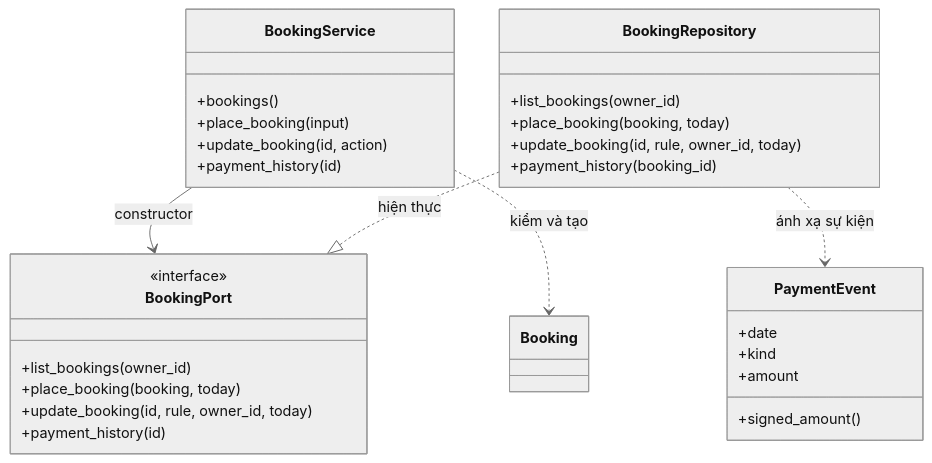
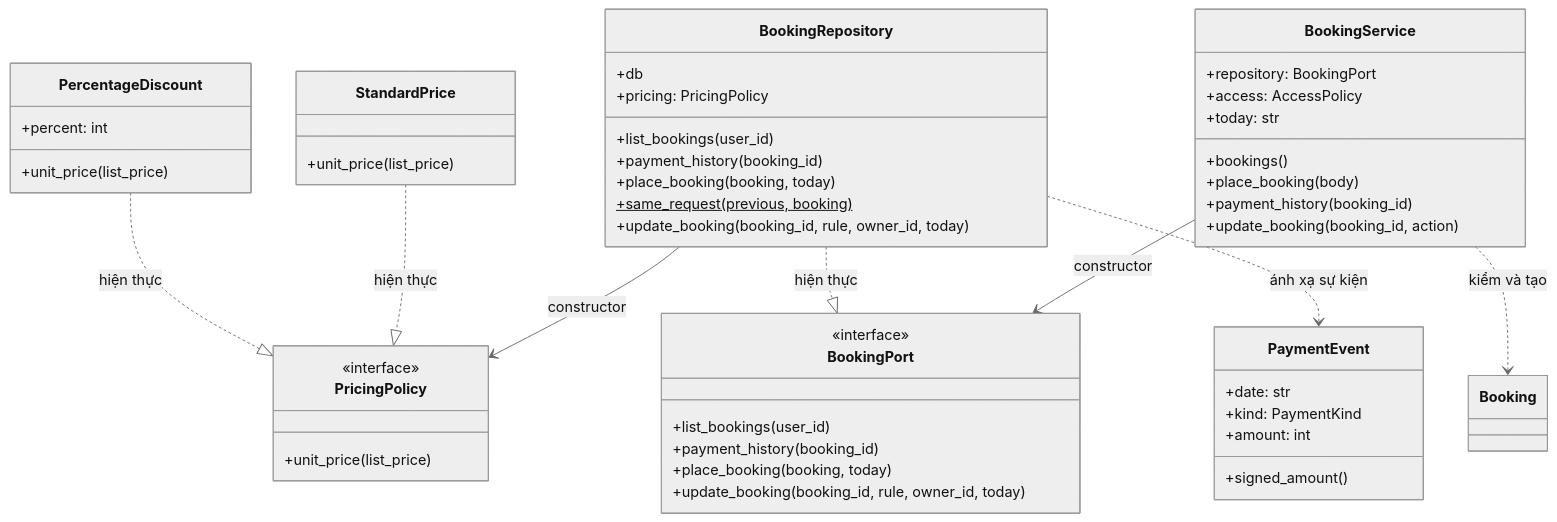
Before and after one commit to dqming1876/OOP_TourManager: the second of 2 diagrams in docs/checklist-4.1.md, drawn with Mermaid (neutral theme). The commit also changed other lines of this file and 39 other files, not shown here.

````diff
--- a/docs/checklist-4.1.md
+++ b/docs/checklist-4.1.md
@@ -75,33 +90,53 @@
 ```mermaid
 classDiagram
     direction TB
     class BookingPort {
         <<interface>>
-        +list_bookings(owner_id)
+        +list_bookings(user_id)
+        +payment_history(booking_id)
         +place_booking(booking, today)
-        +update_booking(id, rule, owner_id, today)
-        +payment_history(id)
+        +update_booking(booking_id, rule, owner_id, today)
+    }
+    class PricingPolicy {
+        <<interface>>
+        +unit_price(list_price)
+    }
+    class StandardPrice {
+        +unit_price(list_price)
+    }
+    class PercentageDiscount {
+        +percent: int
+        +unit_price(list_price)
     }
     class BookingService {
+        +repository: BookingPort
+        +access: AccessPolicy
+        +today: str
         +bookings()
-        +place_booking(input)
-        +update_booking(id, action)
-        +payment_history(id)
+        +place_booking(body)
+        +payment_history(booking_id)
+        +update_booking(booking_id, action)
     }
     class BookingRepository {
-        +list_bookings(owner_id)
+        +db
+        +pricing: PricingPolicy
+        +list_bookings(user_id)
+        +payment_history(booking_id)
         +place_booking(booking, today)
-        +update_booking(id, rule, owner_id, today)
-        +payment_history(booking_id)
+        +same_request(previous, booking)$
+        +update_booking(booking_id, rule, owner_id, today)
     }
     class PaymentEvent {
-        +date
-        +kind
-        +amount
+        +date: str
+        +kind: PaymentKind
+        +amount: int
         +signed_amount()
     }
     BookingService --> BookingPort : constructor
     BookingRepository ..|> BookingPort : hiện thực
+    BookingRepository --> PricingPolicy : constructor
+    StandardPrice ..|> PricingPolicy : hiện thực
+    PercentageDiscount ..|> PricingPolicy : hiện thực
     BookingService ..> Booking : kiểm và tạo
     BookingRepository ..> PaymentEvent : ánh xạ sự kiện
 ```
````
